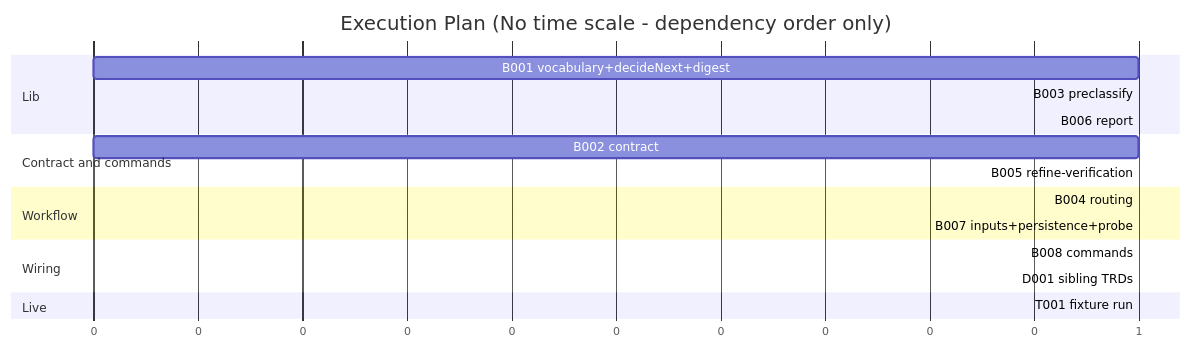
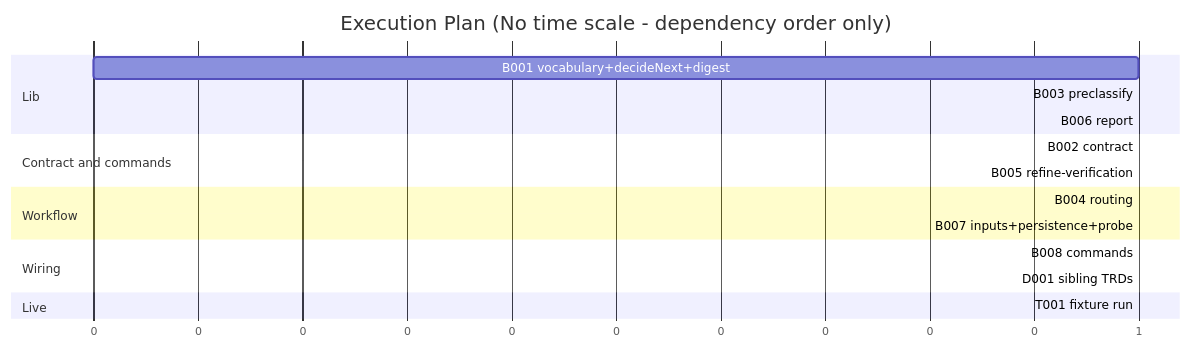
Before and after one commit to FortiumPartners/ensemble-vnext: the third of 3 diagrams in docs/TRD/triage-unmet-results-by-kind.md, drawn with Mermaid. The commit also changed other lines of this file, not shown here.

Commit message:
docs(plan): triage-unmet-results-by-kind TRD after audit

````diff
--- a/docs/TRD/triage-unmet-results-by-kind.md
+++ b/docs/TRD/triage-unmet-results-by-kind.md
@@ -439,21 +445,21 @@
 ```mermaid
 gantt
     title Execution Plan (No time scale - dependency order only)
     dateFormat X
     axisFormat %s
     section Lib
     B001 vocabulary+decideNext+digest: b1, 0, 1
     B003 preclassify: b3, after b1, 1
     B006 report: b6, after b3, 1
     section Contract and commands
-    B002 contract: b2, 0, 1
+    B002 contract: b2, after b1, 1
     B005 refine-verification: b5, after b1, 1
     section Workflow
     B004 routing: b4, after b1, 1
     B007 inputs+persistence+probe: b7, after b4 b3, 1
     section Wiring
     B008 commands: b8, after b7, 1
     D001 sibling TRDs: d1, after b8, 1
     section Live
     T001 fixture run: t1, after b6 b8 b2 b5, 1
 ```
````
